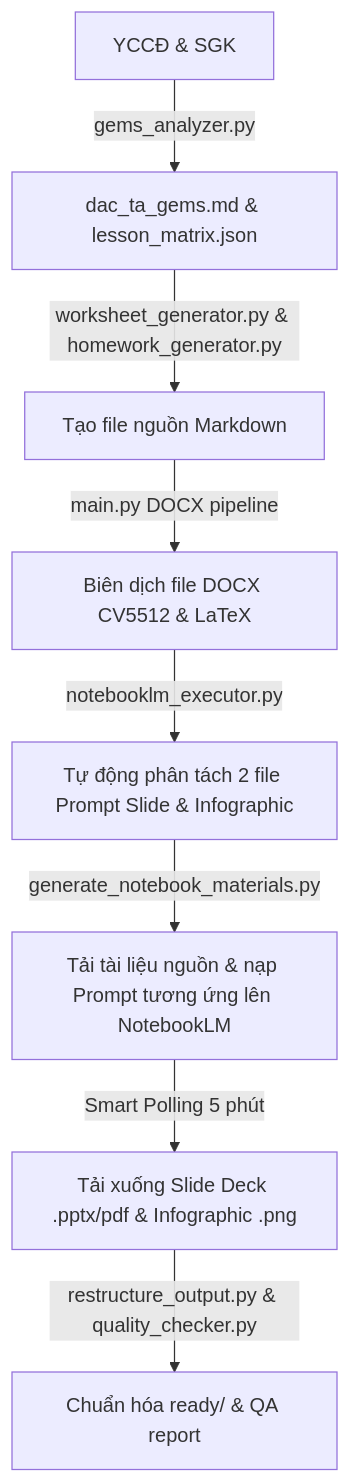
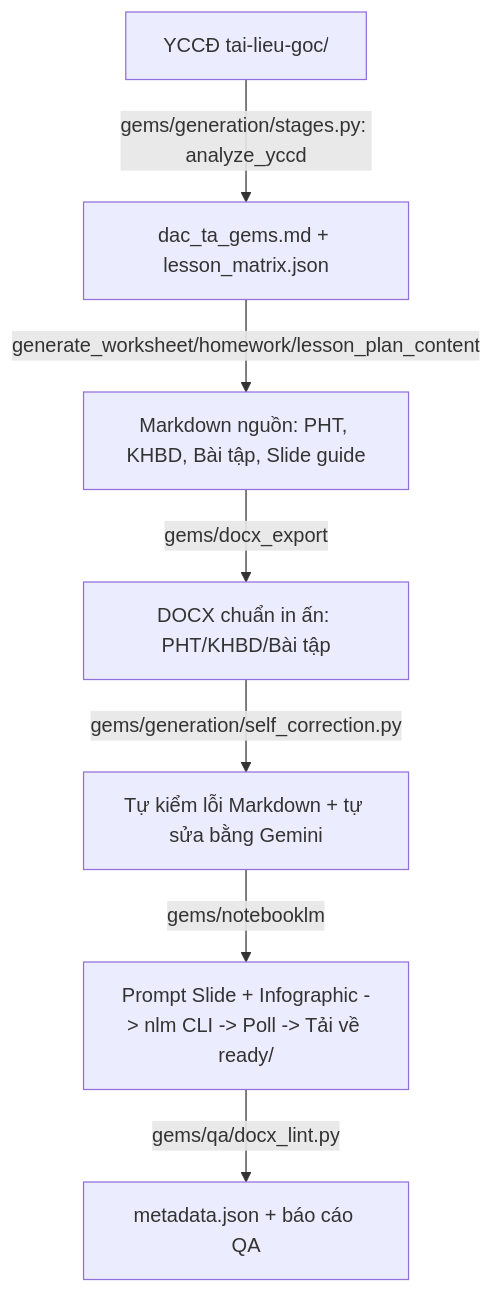
One commit to kkhmn4/soan-tai-lieu changed the diagram in readme.md. Above: the diagram before and after it, drawn with Mermaid. The commit also changed other lines of this file and 656 other files, not shown here.

First line of the commit message:
Backup toàn bộ trạng thái hiện tại: pipeline GEMS + Bài 28 V1/V2/V3

````diff
--- a/readme.md
+++ b/readme.md
@@ -44,10 +45,9 @@
 ```mermaid
 graph TD
-    A[YCCĐ & SGK] -->|gems_analyzer.py| B[dac_ta_gems.md & lesson_matrix.json]
-    B -->|worksheet_generator.py & homework_generator.py| C[Tạo file nguồn Markdown]
-    C -->|main.py DOCX pipeline| D[Biên dịch file DOCX CV5512 & LaTeX]
-    D -->|notebooklm_executor.py| E[Tự động phân tách 2 file Prompt Slide & Infographic]
-    E -->|generate_notebook_materials.py| F[Tải tài liệu nguồn & nạp Prompt tương ứng lên NotebookLM]
-    F -->|Smart Polling 5 phút| G[Tải xuống Slide Deck .pptx/pdf & Infographic .png]
-    G -->|restructure_output.py & quality_checker.py| H[Chuẩn hóa ready/ & QA report]
+    A[YCCĐ tai-lieu-goc/] -->|gems/generation/stages.py: analyze_yccd| B[dac_ta_gems.md + lesson_matrix.json]
+    B -->|generate_worksheet/homework/lesson_plan_content| C[Markdown nguồn: PHT, KHBD, Bài tập, Slide guide]
+    C -->|gems/docx_export| D[DOCX chuẩn in ấn: PHT/KHBD/Bài tập]
+    D -->|gems/generation/self_correction.py| E[Tự kiểm lỗi Markdown + tự sửa bằng Gemini]
+    E -->|gems/notebooklm| F[Prompt Slide + Infographic -> nlm CLI -> Poll -> Tải về ready/]
+    F -->|gems/qa/docx_lint.py| G[metadata.json + báo cáo QA]
 ```
````
